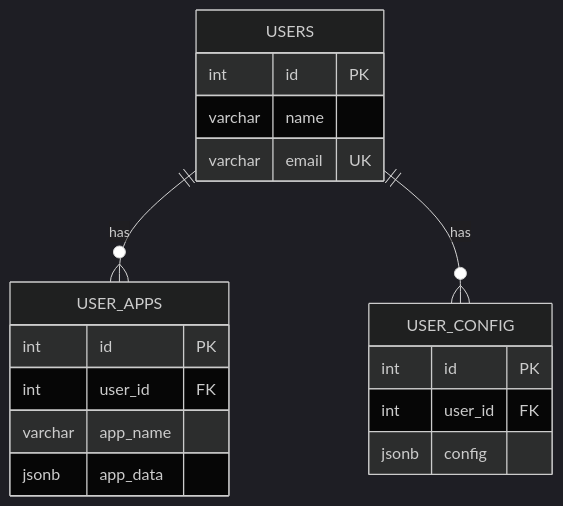
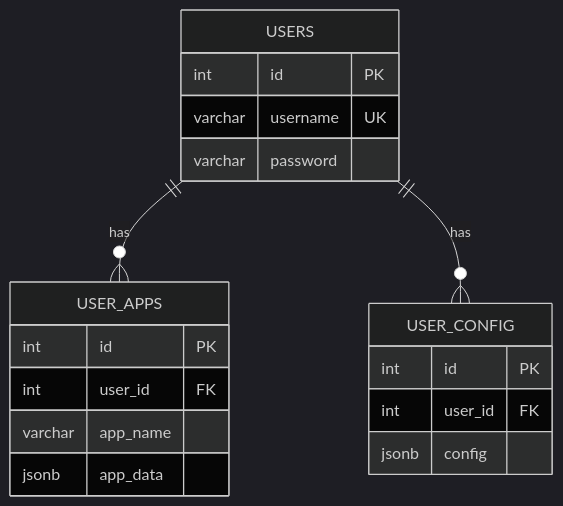
The fourth of 8 diagrams in .qoder/repowiki/en/content/Backend API Server/Authentication & Authorization.md (xinyo/startora), drawn with Mermaid (dark theme) before and after one commit. The commit also changed other lines of this file and 19 other files, not shown here.

````diff
--- a/.qoder/repowiki/en/content/Backend API Server/Authentication & Authorization.md
+++ b/.qoder/repowiki/en/content/Backend API Server/Authentication & Authorization.md
@@ -205,21 +189,21 @@
 ```mermaid
 erDiagram
 USERS {
 int id PK
-varchar name
-varchar email UK
+varchar username UK
+varchar password
 }
 USER_APPS {
 int id PK
 int user_id FK
 varchar app_name
 jsonb app_data
 }
 USER_CONFIG {
 int id PK
 int user_id FK
 jsonb config
 }
 USERS ||--o{ USER_APPS : "has"
 USERS ||--o{ USER_CONFIG : "has"
 ```
````
